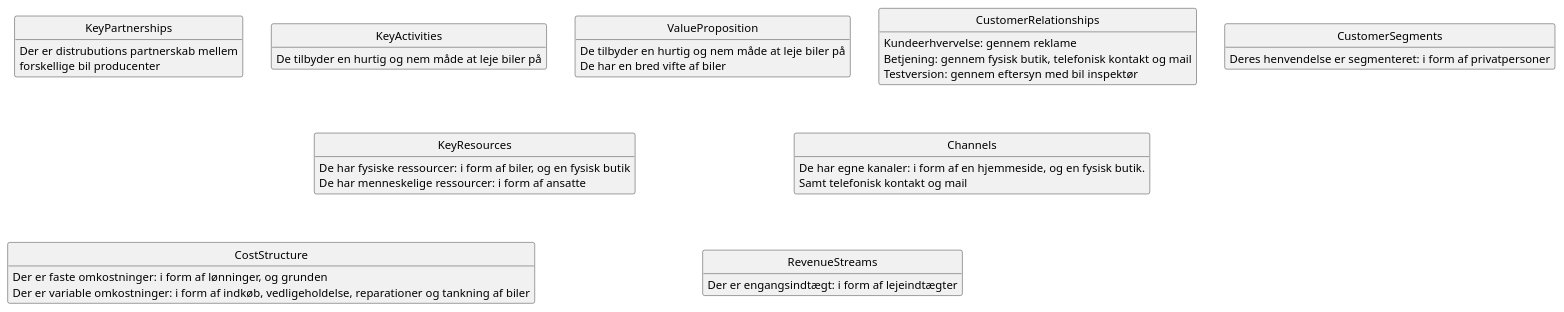
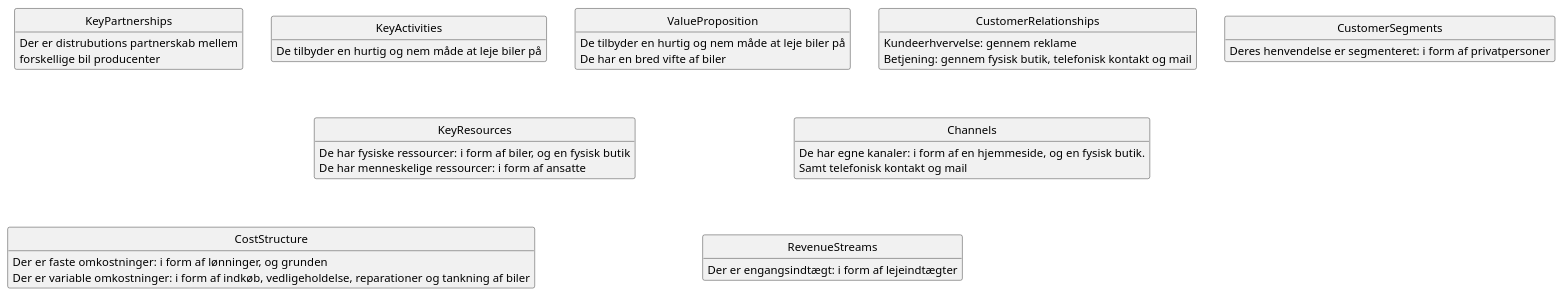
Before and after one commit to FilipMeldal/Team1A: the diagram in Systemudvikling 2. sem/Opgaver/Hurtig biludlejning - FML.plantuml, drawn with PlantUML. The commit also changed 1 other file, not shown here.

Commit message:
FML: Fjernet "testversion" under CR

```diff
--- a/Systemudvikling 2. sem/Opgaver/Hurtig biludlejning - FML.plantuml
+++ b/Systemudvikling 2. sem/Opgaver/Hurtig biludlejning - FML.plantuml
@@ -1,69 +1,68 @@
 @startuml
 hide circle
 hide empty members
 
 class KeyPartnerships
 {
     Der er distrubutions partnerskab mellem 
     forskellige bil producenter 
 }
 
 class KeyActivities
 {
     De tilbyder en hurtig og nem måde at leje biler på
 }
 
 class ValueProposition
 {
     De tilbyder en hurtig og nem måde at leje biler på
     De har en bred vifte af biler
 }
 class CustomerRelationships
 {
     Kundeerhvervelse: gennem reklame
     Betjening: gennem fysisk butik, telefonisk kontakt og mail
-    Testversion: gennem eftersyn med bil inspektør
 }
 class Channels
 {
     De har egne kanaler: i form af en hjemmeside, og en fysisk butik.
     Samt telefonisk kontakt og mail
 }
 class CustomerSegments
 {
     Deres henvendelse er segmenteret: i form af privatpersoner 
 }
 class CostStructure
 {
     Der er faste omkostninger: i form af lønninger, og grunden
     Der er variable omkostninger: i form af indkøb, vedligeholdelse, reparationer og tankning af biler
 }
 class RevenueStreams
 {
     Der er engangsindtægt: i form af lejeindtægter
 }
 
 class KeyResources
 {
     De har fysiske ressourcer: i form af biler, og en fysisk butik
     De har menneskelige ressourcer: i form af ansatte
 }
 
 KeyPartnerships -[hidden]right-> KeyActivities
 KeyActivities -[hidden]right-> ValueProposition
 KeyActivities -[hidden]down-> CostStructure
 
 ValueProposition -[hidden]right-> CustomerRelationships
 CustomerRelationships -[hidden]right-> Channels
 KeyPartnerships -[hidden]down-> CostStructure
 
 KeyActivities -[hidden]down-> KeyResources
 KeyResources -[hidden]down-> CostStructure
 
 Channels -[hidden]down-> Channels
 Channels -[hidden]down-> RevenueStreams
 CustomerRelationships -[hidden]right-> CustomerSegments
 KeyResources -[hidden]down-> RevenueStreams
 
 ValueProposition -[hidden]right-> CustomerSegments
 @enduml
```
